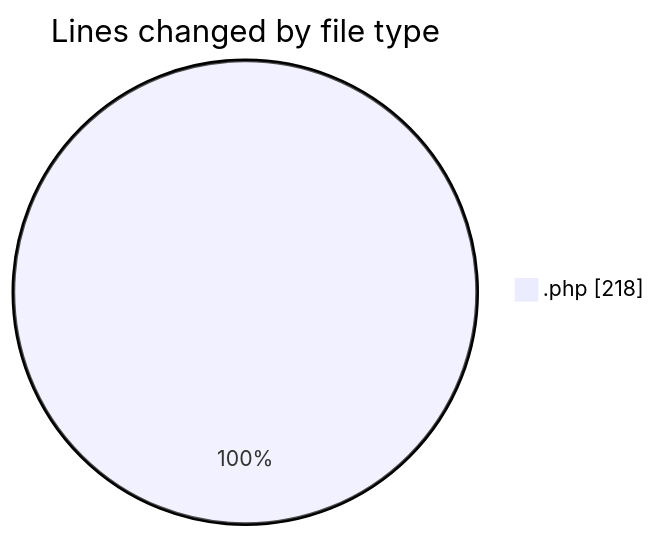
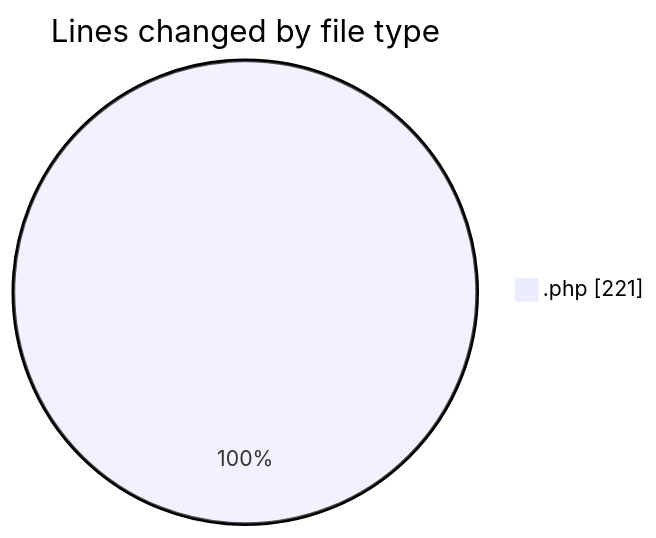
Before and after one commit to LanceThiago/code-tracking: the first of 2 diagrams in 2025-07-16/web/README.md, drawn with Mermaid. The commit also changed other lines of this file and 1 other file, not shown here.

````diff
--- a/2025-07-16/web/README.md
+++ b/2025-07-16/web/README.md
@@ -21,5 +21,5 @@
 ```mermaid
 pie showData
 title Lines changed by file type
-".php" : 218
+".php" : 221
 ```
````
